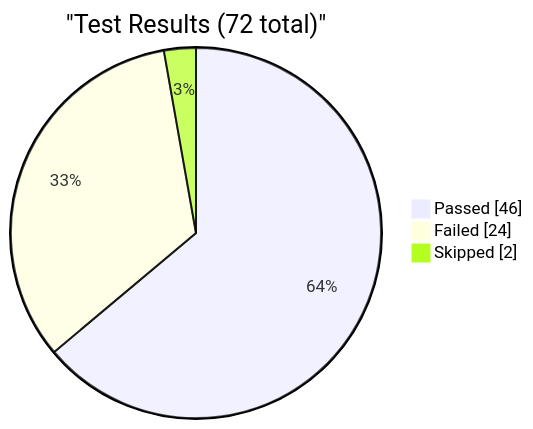
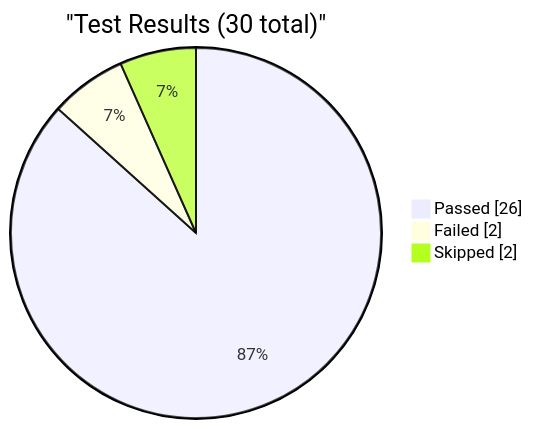
The first of 4 diagrams in reports/dashboard.md (EliteaAI/onetest-ai-tm-Elitea), drawn with Mermaid before and after one commit. The commit also changed other lines of this file and 1 other file, not shown here.

Commit message:
dashboard: update test metrics for RUN-ELITEA-2026-10-04-208-DEV-STABLE-SMOKE-ARTIFACTS-SCHEDULED-FAILED

````diff
--- a/reports/dashboard.md
+++ b/reports/dashboard.md
@@ -9,7 +9,7 @@
 ```mermaid
 pie showData
-    title "Test Results (72 total)"
-    "Passed" : 46
-    "Failed" : 24
+    title "Test Results (30 total)"
+    "Passed" : 26
+    "Failed" : 2
     "Skipped" : 2
 ```
````
